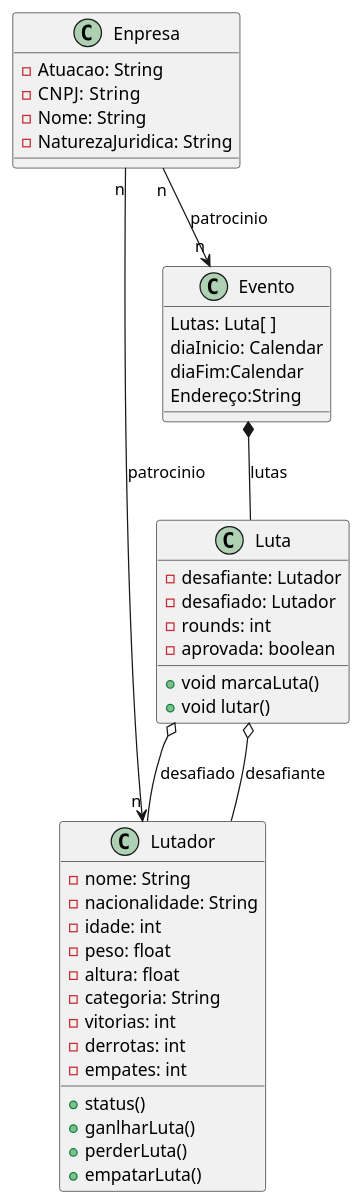
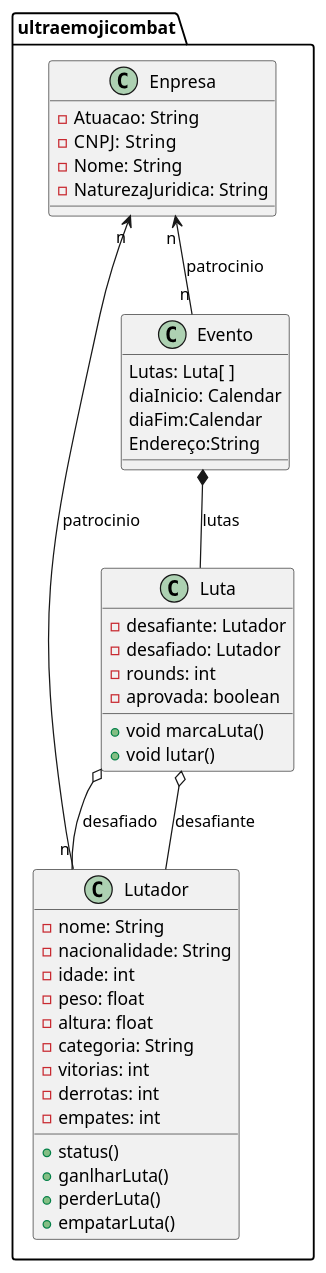
Before and after one commit to guisiq/ultraemojicombat: the diagram in exercicio.wsd, drawn with PlantUML. The commit also changed 4 other files, not shown here.

```diff
--- a/exercicio.wsd
+++ b/exercicio.wsd
@@ -1,44 +1,47 @@
-@startuml teste 
-class Lutador{
-    - nome: String
-    - nacionalidade: String
-    - idade: int   
-    - peso: float 
-    - altura: float 
-    - categoria: String
-    - vitorias: int   
-    - derrotas: int   
-    - empates: int   
+@startuml exercicio
+package  ultraemojicombat <<folder>>{
 
-    + status()
-    + ganlharLuta()
-    + perderLuta()
-    + empatarLuta()    
+    class Lutador{
+        - nome: String
+        - nacionalidade: String
+        - idade: int   
+        - peso: float 
+        - altura: float 
+        - categoria: String
+        - vitorias: int   
+        - derrotas: int   
+        - empates: int   
+
+        + status()
+        + ganlharLuta()
+        + perderLuta()
+        + empatarLuta()    
+    }
+    class Luta{
+        - desafiante: Lutador
+        - desafiado: Lutador
+        - rounds: int
+        - aprovada: boolean
+
+        + void marcaLuta()
+        + void lutar()
+    }
+    class Enpresa{
+        - Atuacao: String
+        - CNPJ:  String
+        - Nome: String
+        - NaturezaJuridica: String
+    }
+    class Evento{
+        Lutas: Luta[ ]
+        diaInicio: Calendar
+        diaFim:Calendar
+        Endereço:String
+    }
+    Evento *-- Luta: lutas
+    Luta o-- Lutador: desafiado
+    Luta o-- Lutador: desafiante
+    Enpresa "n" <-- "n" Lutador :patrocinio
+    Enpresa "n" <-- "n" Evento  :patrocinio
 }
-class Luta{
-    - desafiante: Lutador
-    - desafiado: Lutador
-    - rounds: int
-    - aprovada: boolean
-
-    + void marcaLuta()
-    + void lutar()
-}
-class Enpresa{
-    - Atuacao: String
-    - CNPJ:  String
-    - Nome: String
-    - NaturezaJuridica: String
-}
-class Evento{
-    Lutas: Luta[ ]
-    diaInicio: Calendar
-    diaFim:Calendar
-    Endereço:String
-}
-Evento *-- Luta: lutas
-Luta o-- Lutador: desafiado
-Luta o-- Lutador: desafiante
-Enpresa "n" --> "n" Lutador :patrocinio
-Enpresa "n" --> "n" Evento  :patrocinio
 @enduml
```
